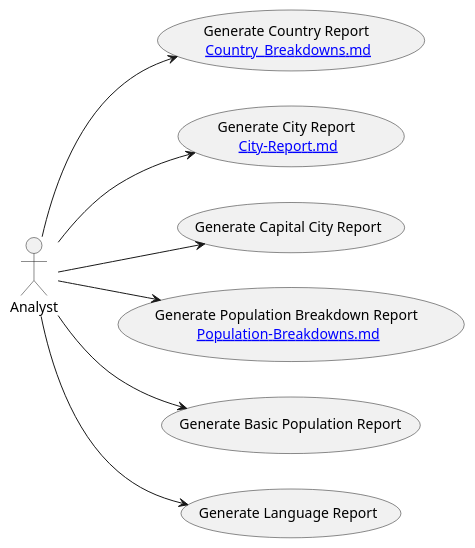
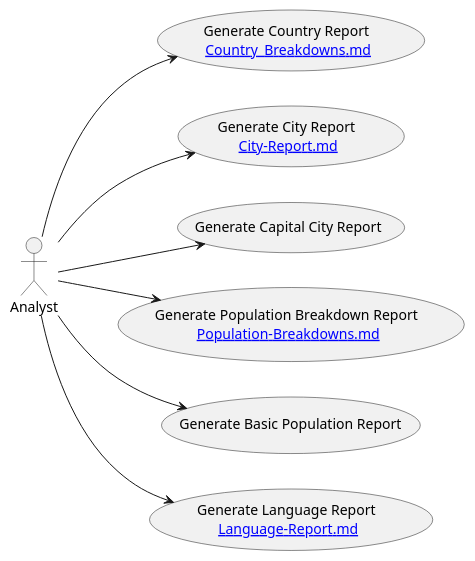
One commit to DevOps-Group4-2025/Group-4-DevOps changed the diagram in use-cases/Diagram.puml. Above: the diagram before and after it, drawn with PlantUML. The commit also changed 1 other file, not shown here.

Commit message:
Language-Report added.

```diff
--- a/use-cases/Diagram.puml
+++ b/use-cases/Diagram.puml
@@ -1,19 +1,19 @@
 @startuml
 actor AN as "Analyst"
 left to right direction
 
 usecase "Generate Country Report \n[[Country_Breakdowns.md]]" as UC1
 usecase "Generate City Report \n[[City-Report.md]]" as UC2
 usecase "Generate Capital City Report" as UC3
 usecase "Generate Population Breakdown Report \n[[Population-Breakdowns.md]]" as UC4
 usecase "Generate Basic Population Report" as UC5
-usecase "Generate Language Report" as UC6
+usecase "Generate Language Report \n[[Language-Report.md]]" as UC6
 
 AN --> UC1
 AN --> UC2
 AN --> UC3
 AN --> UC4
 AN --> UC5
 AN --> UC6
 }
 @enduml
```
